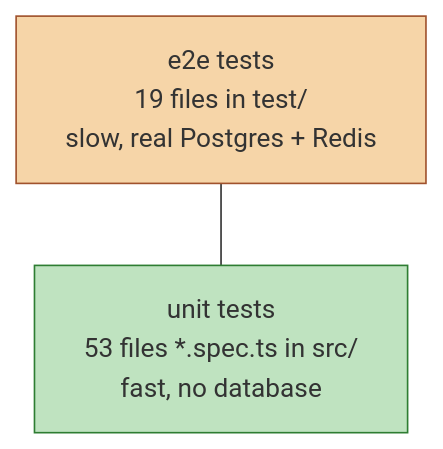
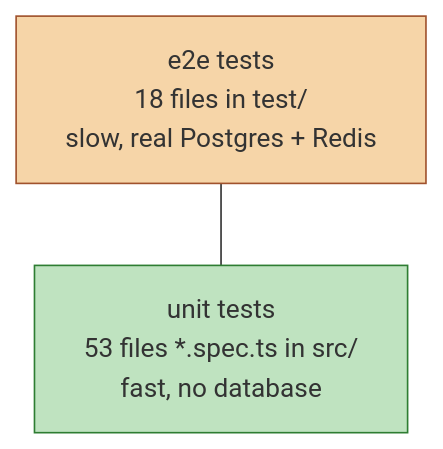
Before and after one commit to VictorBro/ft_transcendence: the first of 4 diagrams in docs/api/10-tests.md, drawn with Mermaid. The commit also changed other lines of this file and 85 other files, not shown here.

````diff
--- a/docs/api/10-tests.md
+++ b/docs/api/10-tests.md
@@ -58,8 +58,8 @@
 ```mermaid
 flowchart TB
-    E2E["e2e tests<br/>19 files in test/<br/>slow, real Postgres + Redis"]
+    E2E["e2e tests<br/>18 files in test/<br/>slow, real Postgres + Redis"]
     UNIT["unit tests<br/>53 files *.spec.ts in src/<br/>fast, no database"]
     E2E --- UNIT
     style E2E fill:#f6d5a8,stroke:#a0522d
     style UNIT fill:#bfe3c0,stroke:#2e7d32
 ```
````
